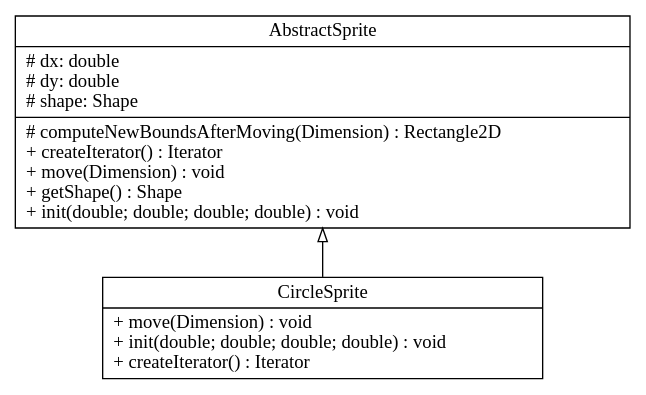
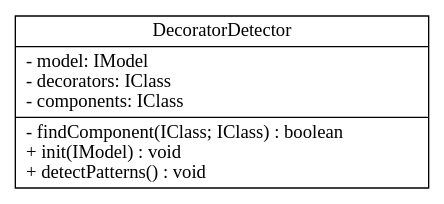
The diagram in input_output/model.gv (tpunt3/Csse374), drawn with Graphviz before and after one commit. The commit also changed 9 other files, not shown here.

```diff
--- a/input_output/model.gv
+++ b/input_output/model.gv
@@ -1,15 +1,9 @@
 digraph model{
 rankdir = BT;
-AbstractSprite [
+DecoratorDetector [
 shape="record",
-label = "{AbstractSprite| # dx: double\l# dy: double\l# shape: Shape\l|# computeNewBoundsAfterMoving(Dimension) : Rectangle2D\l+ createIterator() : Iterator\l+ move(Dimension) : void\l+ getShape() : Shape\l+ init(double; double; double; double) : void\l}"
-];
-
-CircleSprite [
-shape="record",
-label = "{CircleSprite| + move(Dimension) : void\l+ init(double; double; double; double) : void\l+ createIterator() : Iterator\l}"
+label = "{DecoratorDetector| - model: IModel\l- decorators: IClass\l- components: IClass\l|- findComponent(IClass; IClass) : boolean\l+ init(IModel) : void\l+ detectPatterns() : void\l}"
 ];
 
 //writing relations between classes now
-CircleSprite -> AbstractSprite [arrowhead = "empty"];
 }
```
